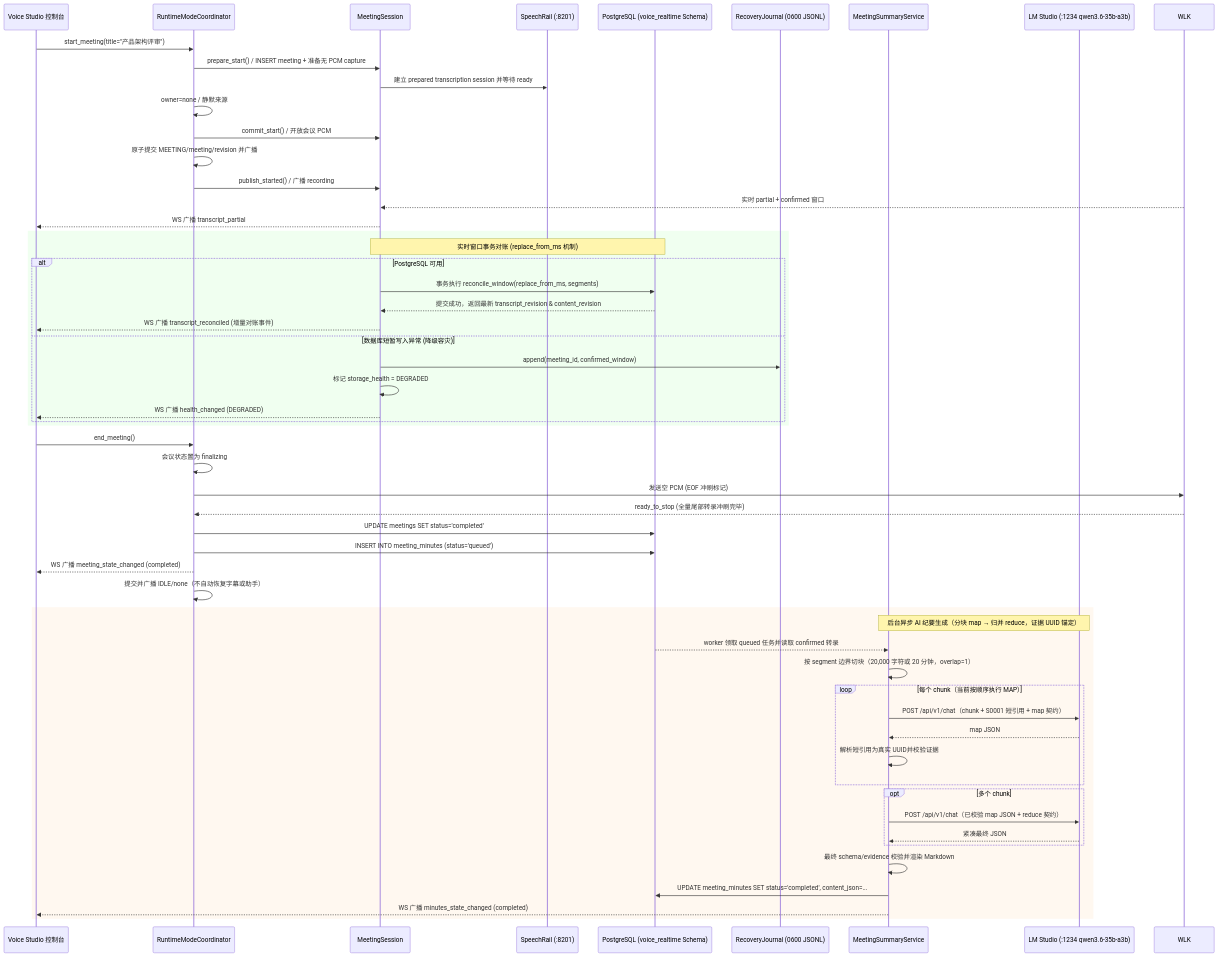
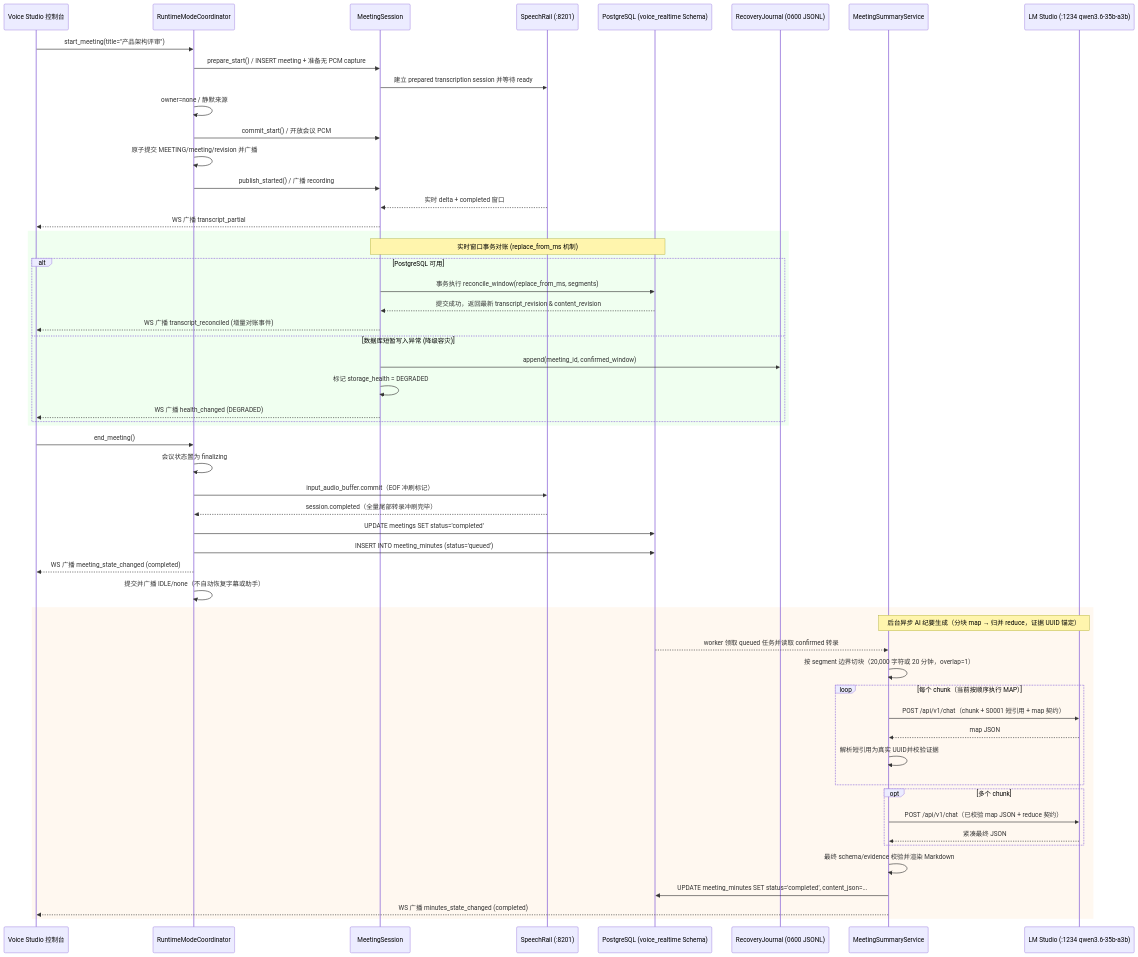
Before and after one commit to hrygo/voice-realtime: the tenth of 13 diagrams in docs/architecture/系统总体架构与详细设计方案.md, drawn with Mermaid. The commit also changed other lines of this file and 28 other files, not shown here.

````diff
--- a/docs/architecture/系统总体架构与详细设计方案.md
+++ b/docs/architecture/系统总体架构与详细设计方案.md
@@ -558,61 +566,61 @@
 ```mermaid
 sequenceDiagram
     participant UI as Voice Studio 控制台
     participant RT as RuntimeModeCoordinator
     participant MS as MeetingSession
     participant SR as SpeechRail (:8201)
     participant PG as PostgreSQL (voice_realtime Schema)
     participant RJ as RecoveryJournal (0600 JSONL)
     participant SW as MeetingSummaryService
     participant LM as LM Studio (:1234 qwen3.6-35b-a3b)
 
     UI->>RT: start_meeting(title="产品架构评审")
     RT->>MS: prepare_start() / INSERT meeting + 准备无 PCM capture
     MS->>SR: 建立 prepared transcription session 并等待 ready
     RT->>RT: owner=none / 静默来源
     RT->>MS: commit_start() / 开放会议 PCM
     RT->>RT: 原子提交 MEETING/meeting/revision 并广播
     RT->>MS: publish_started() / 广播 recording
-    WLK-->>MS: 实时 partial + confirmed 窗口
+    SR-->>MS: 实时 delta + completed 窗口
     MS-->>UI: WS 广播 transcript_partial
 
     rect rgb(240, 255, 240)
     Note over MS,PG: 实时窗口事务对账 (replace_from_ms 机制)
     alt PostgreSQL 可用
         MS->>PG: 事务执行 reconcile_window(replace_from_ms, segments)
         PG-->>MS: 提交成功，返回最新 transcript_revision & content_revision
         MS-->>UI: WS 广播 transcript_reconciled (增量对账事件)
     else 数据库短暂写入异常 (降级容灾)
         MS->>RJ: append(meeting_id, confirmed_window)
         MS->>MS: 标记 storage_health = DEGRADED
         MS-->>UI: WS 广播 health_changed (DEGRADED)
     end
     end
 
     UI->>RT: end_meeting()
     RT->>RT: 会议状态置为 finalizing
-    RT->>WLK: 发送空 PCM (EOF 冲刷标记)
-    WLK-->>RT: ready_to_stop (全量尾部转录冲刷完毕)
+    RT->>SR: input_audio_buffer.commit（EOF 冲刷标记）
+    SR-->>RT: session.completed（全量尾部转录冲刷完毕）
     RT->>PG: UPDATE meetings SET status='completed'
     RT->>PG: INSERT INTO meeting_minutes (status='queued')
     RT-->>UI: WS 广播 meeting_state_changed (completed)
     RT->>RT: 提交并广播 IDLE/none（不自动恢复字幕或助手）
 
     rect rgb(255, 248, 240)
     Note over SW,LM: 后台异步 AI 纪要生成（分块 map → 归并 reduce，证据 UUID 锚定）
     PG-->>SW: worker 领取 queued 任务并读取 confirmed 转录
     SW->>SW: 按 segment 边界切块（20,000 字符或 20 分钟，overlap=1）
     loop 每个 chunk（当前按顺序执行 MAP）
         SW->>LM: POST /api/v1/chat（chunk + S0001 短引用 + map 契约）
         LM-->>SW: map JSON
         SW->>SW: 解析短引用为真实 UUID并校验证据
     end
     opt 多个 chunk
         SW->>LM: POST /api/v1/chat（已校验 map JSON + reduce 契约）
         LM-->>SW: 紧凑最终 JSON
     end
     SW->>SW: 最终 schema/evidence 校验并渲染 Markdown
     SW->>PG: UPDATE meeting_minutes SET status='completed', content_json=...
     SW-->>UI: WS 广播 minutes_state_changed (completed)
     end
 ```
````
